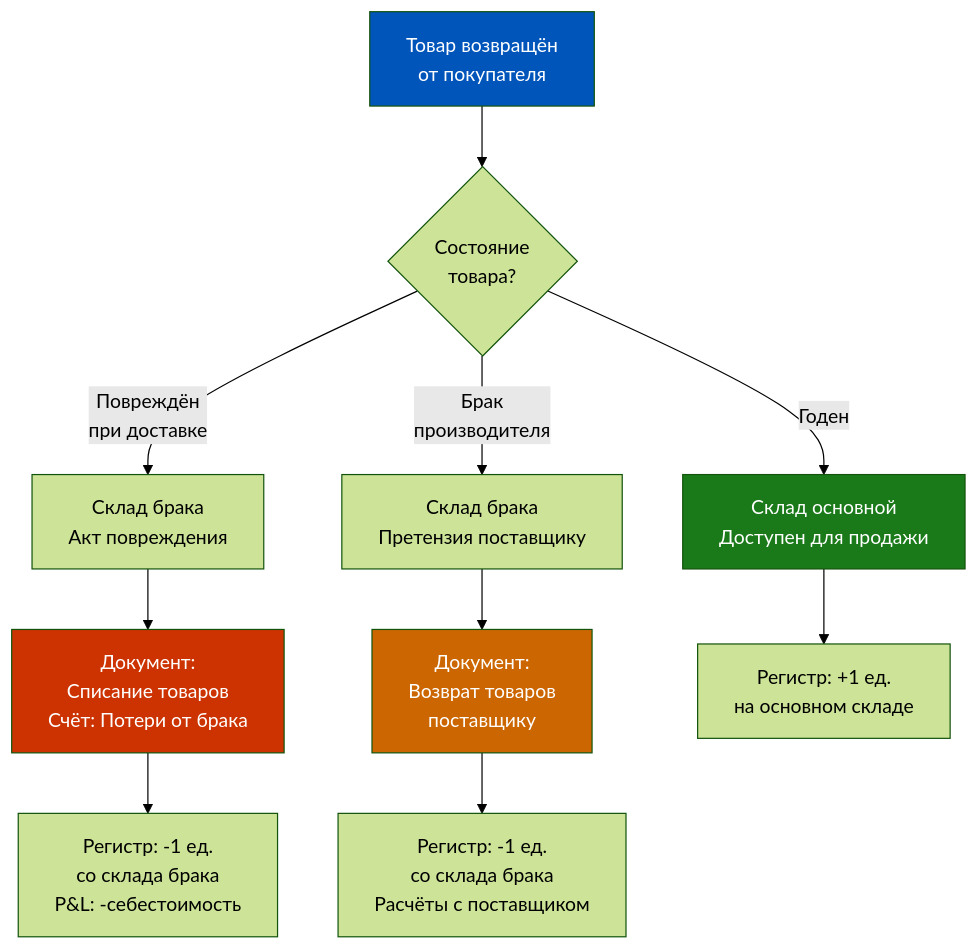
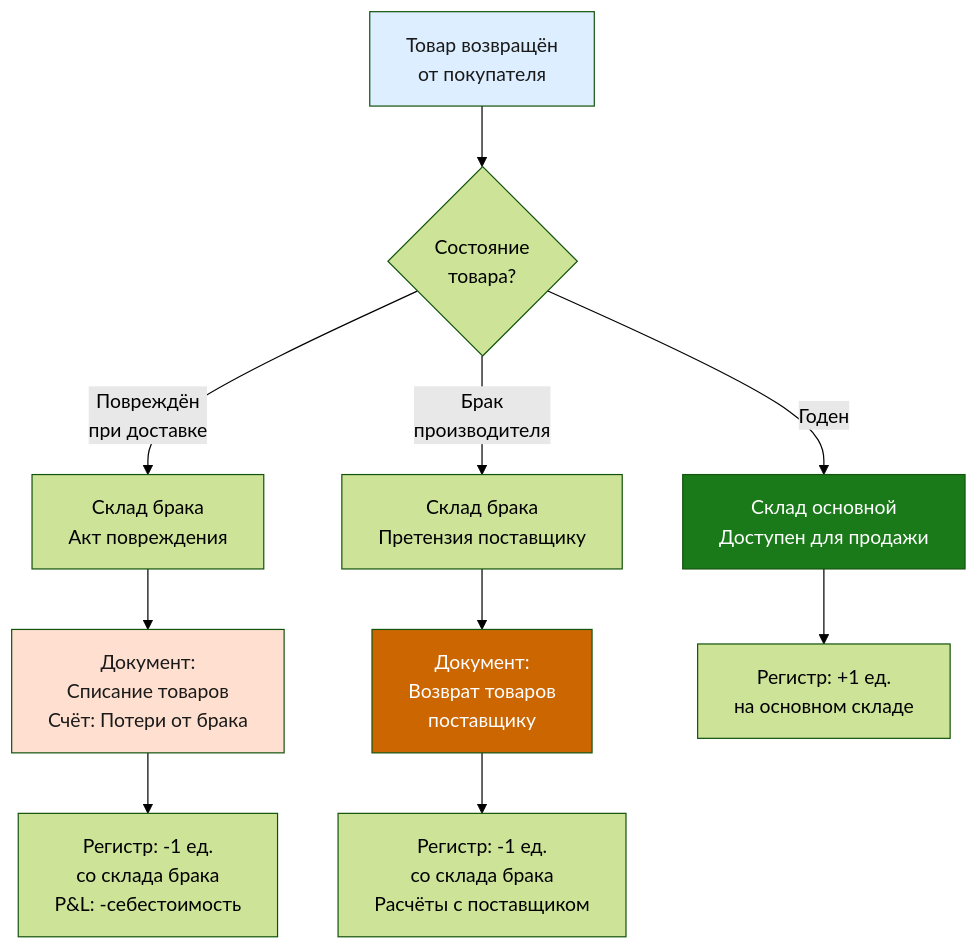
Before and after one commit to murad1986/1c-erp-quartz: the fourth of 9 diagrams in content/1c-erp/week_7/Неделя 7 - День 5 - Возвраты от покупателей.md, drawn with Mermaid (forest theme). The commit also changed other lines of this file and 57 other files, not shown here.

First line of the commit message:
fix: Mermaid — пастельные цвета в источниках диаграмм (56 файлов)

````diff
--- a/content/1c-erp/week_7/Неделя 7 - День 5 - Возвраты от покупателей.md
+++ b/content/1c-erp/week_7/Неделя 7 - День 5 - Возвраты от покупателей.md
@@ -229,17 +229,17 @@
 ```mermaid
 flowchart TD
     A[Товар возвращён<br/>от покупателя] --> B{Состояние<br/>товара?}
     B -->|Годен| C[Склад основной<br/>Доступен для продажи]
     B -->|Повреждён<br/>при доставке| D[Склад брака<br/>Акт повреждения]
     B -->|Брак<br/>производителя| E[Склад брака<br/>Претензия поставщику]
     D --> F[Документ:<br/>Списание товаров<br/>Счёт: Потери от брака]
     E --> G[Документ:<br/>Возврат товаров<br/>поставщику]
     C --> H[Регистр: +1 ед.<br/>на основном складе]
     F --> I[Регистр: -1 ед.<br/>со склада брака<br/>P&L: -себестоимость]
     G --> J[Регистр: -1 ед.<br/>со склада брака<br/>Расчёты с поставщиком]
 
-    style A fill:#0055BB,color:#fff
+    style A fill:#dceeff,color:#1a1a1a
     style C fill:#1a7a1a,color:#fff
-    style F fill:#cc3300,color:#fff
+    style F fill:#ffe0d0,color:#1a1a1a
     style G fill:#cc6600,color:#fff
 ```
````
